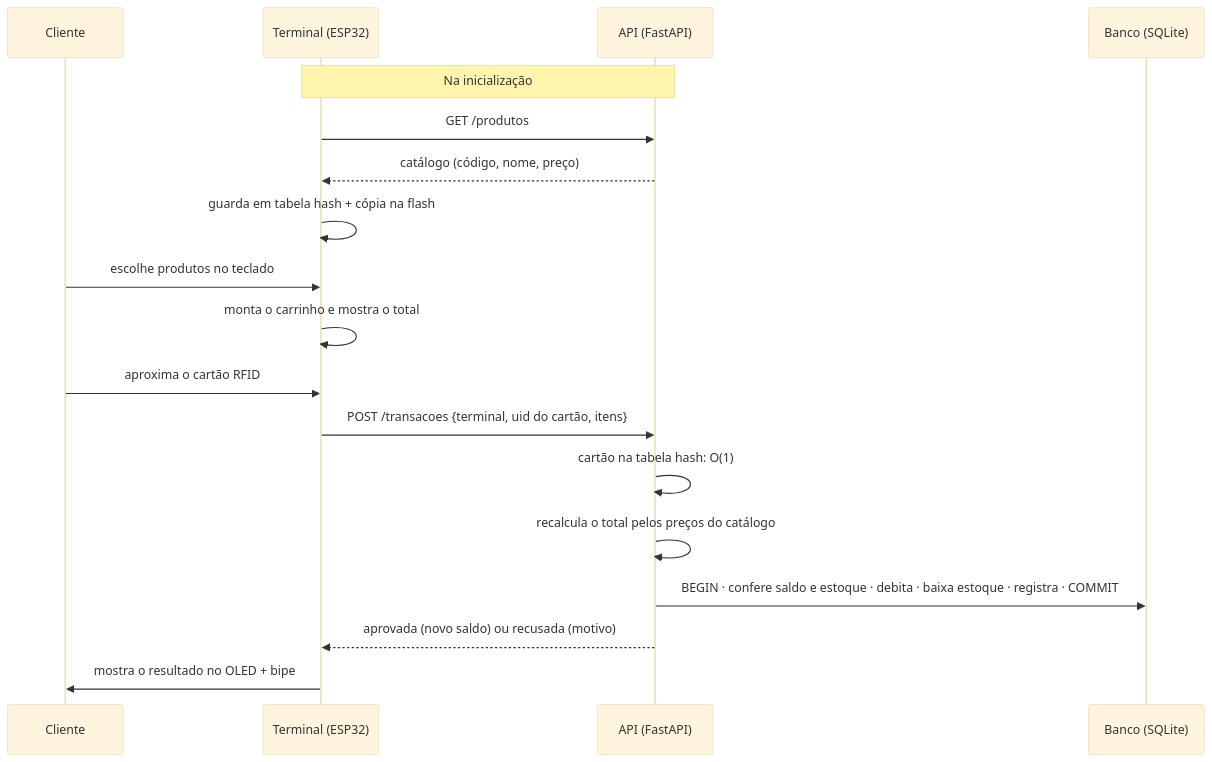
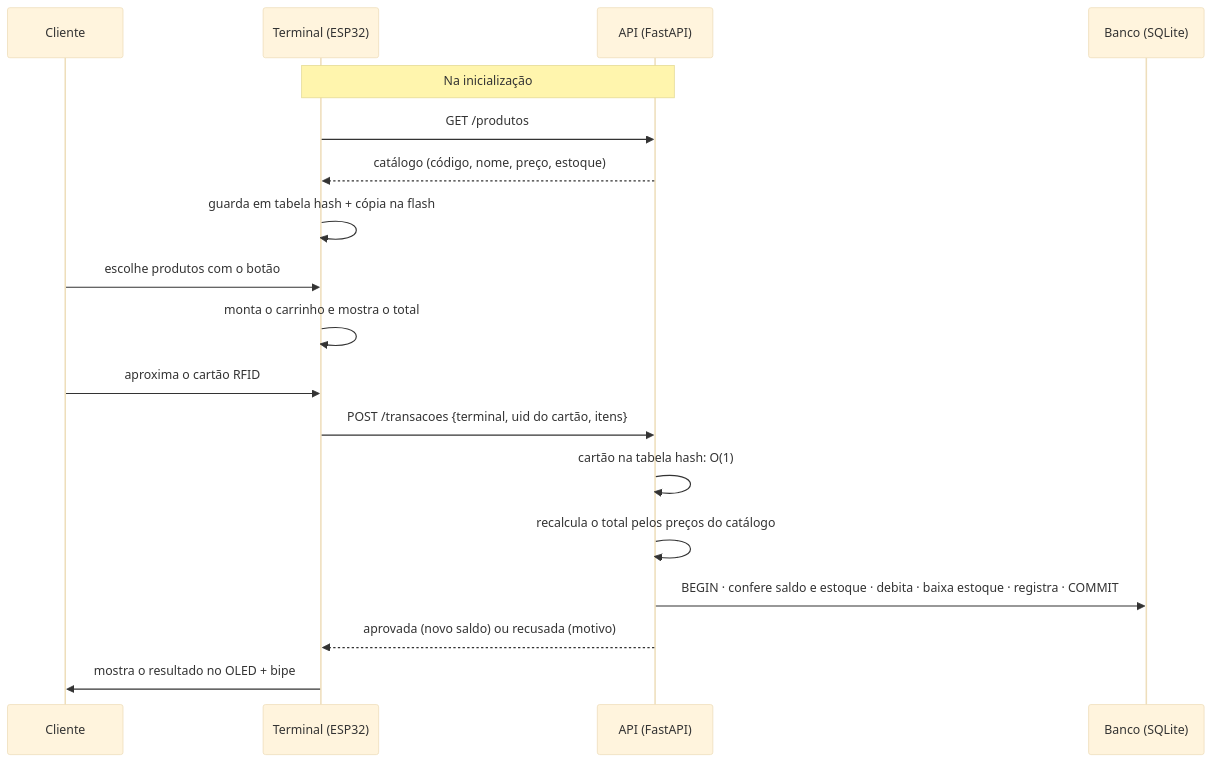
The second of 5 diagrams in README.md (Lbrb2/bytebank_pagamentos), drawn with Mermaid (base theme) before and after one commit. The commit also changed other lines of this file and 19 other files, not shown here.

````diff
--- a/README.md
+++ b/README.md
@@ -101,22 +102,22 @@
 ```mermaid
 sequenceDiagram
     participant C as Cliente
     participant T as Terminal (ESP32)
     participant A as API (FastAPI)
     participant B as Banco (SQLite)
 
     Note over T,A: Na inicialização
     T->>A: GET /produtos
-    A-->>T: catálogo (código, nome, preço)
+    A-->>T: catálogo (código, nome, preço, estoque)
     T->>T: guarda em tabela hash + cópia na flash
 
-    C->>T: escolhe produtos no teclado
+    C->>T: escolhe produtos com o botão
     T->>T: monta o carrinho e mostra o total
     C->>T: aproxima o cartão RFID
     T->>A: POST /transacoes {terminal, uid do cartão, itens}
     A->>A: cartão na tabela hash: O(1)
     A->>A: recalcula o total pelos preços do catálogo
     A->>B: BEGIN · confere saldo e estoque · debita · baixa estoque · registra · COMMIT
     A-->>T: aprovada (novo saldo) ou recusada (motivo)
     T->>C: mostra o resultado no OLED + bipe
 ```
````
